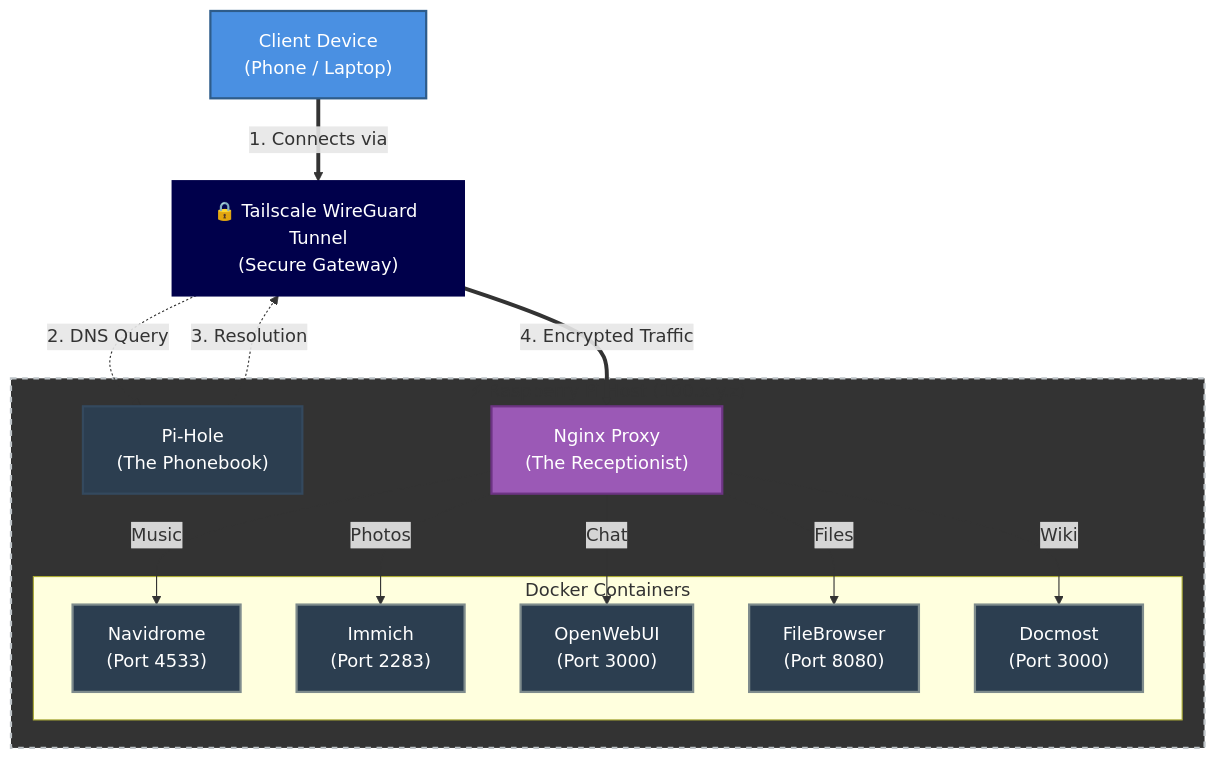
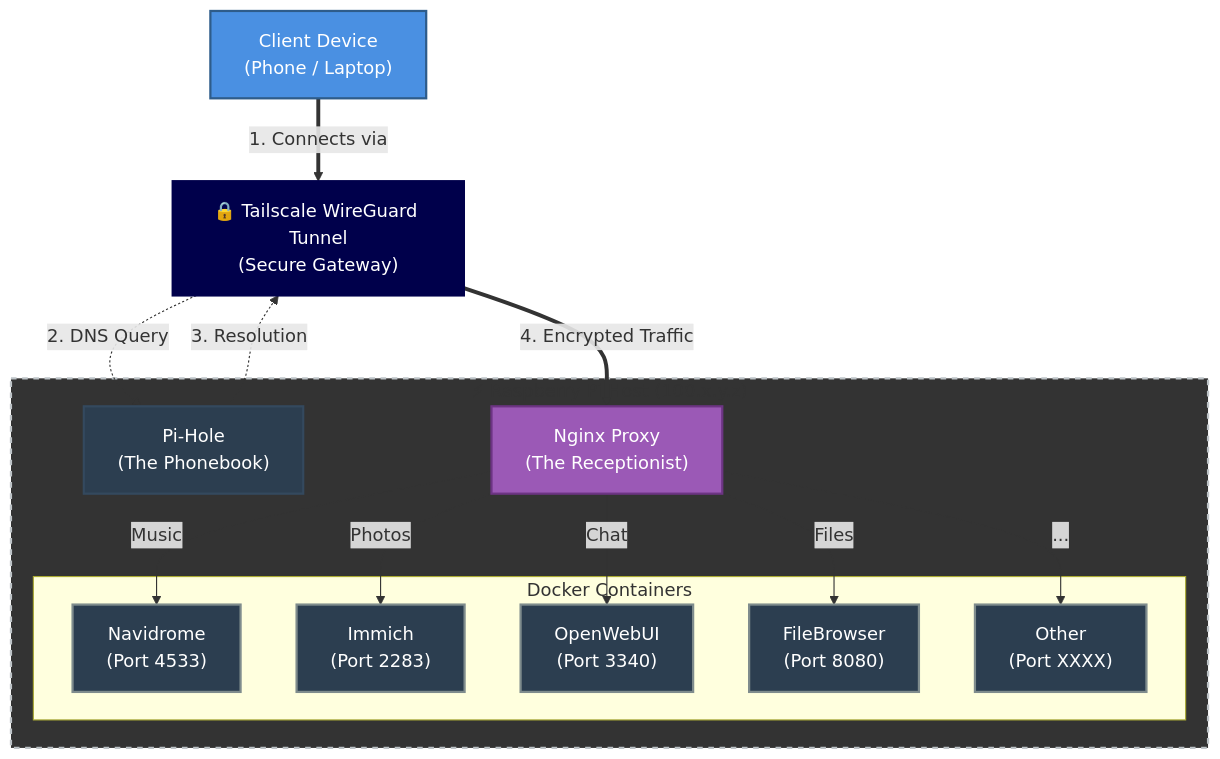
Before and after one commit to spaceadler/homelab: the diagram in README.md, drawn with Mermaid.

````diff
--- a/README.md
+++ b/README.md
@@ -50,65 +50,65 @@
 ```mermaid
 graph TD
 %% --- STYLING DEFINITIONS ---
     
     %% CLIENT (The User Device) -> Currently Bright Blue
     %% fill: Background Color | stroke: Border Color | color: Text Color
     classDef client fill:#4A90E2,stroke:#2E5C8A,stroke-width:2px,color:#fff;
 
     %% DNS (Pi-Hole) -> Currently Dark Navy/Grey
     classDef dns fill:#2C3E50,stroke:#34495E,stroke-width:2px,color:#fff;
 
     %% PROXY (Nginx) -> Currently Purple
     classDef proxy fill:#9B59B6,stroke:#6C3483,stroke-width:2px,color:#fff;
 
     %% SERVICES (The Containers) -> Currently Light Grey/White
     classDef service fill:#2C3E50,stroke:#7F8C8D,stroke-width:2px,color:#fff;
 
     %% VPN (The Tailscale Box) -> Currently Deep Midnight Blue
     classDef vpn fill:#00004B,stroke:#00004B,stroke-width:2px,color:#fff; 
 
     %% HOST (The Raspberry Pi Box) -> Currently White with Dashed Border
     classDef host fill:#333333,stroke:#BDC3C7,stroke-width:2px,stroke-dasharray: 5 5;
 
     %% NODES
     User["Client Device<br/>(Phone / Laptop)"]:::client
     
     %% THE VPN TUNNEL (The Box the phone goes through)
     VPN["🔒 Tailscale WireGuard Tunnel<br/>(Secure Gateway)"]:::vpn
 
     subgraph Host [" ⚡ Raspberry Pi Host (100.x.y.z) "]
         
         PiHole["Pi-Hole<br/>(The Phonebook)"]:::dns
         Nginx["Nginx Proxy<br/>(The Receptionist)"]:::proxy
         
         subgraph Containers [" Docker Containers "]
             Music["Navidrome<br/>(Port 4533)"]:::service
             Immich["Immich<br/>(Port 2283)"]:::service
-            AI["OpenWebUI<br/>(Port 3000)"]:::service
+            AI["OpenWebUI<br/>(Port 3340)"]:::service
             Files["FileBrowser<br/>(Port 8080)"]:::service
-            Docs["Docmost<br/>(Port 3000)"]:::service
+            Other["Other<br/>(Port XXXX)"]:::service
         end
     end
 
     %% LOGIC FLOW
     
     %% Step 1: The Secure Connection
     User ==>|"1. Connects via"| VPN
 
     %% Step 2: DNS (Through the Tunnel)
     VPN -.->|"2. DNS Query"| PiHole
     PiHole -.->|"3. Resolution"| VPN
 
     %% Step 3: Traffic (Through the Tunnel to Nginx)
     VPN ==>|"4. Encrypted Traffic"| Nginx
 
     %% Step 4: Internal Routing
     Nginx -->|"Music"| Music
     Nginx -->|"Photos"| Immich
     Nginx -->|"Chat"| AI
     Nginx -->|"Files"| Files
-    Nginx -->|"Wiki"| Docs
+    Nginx -->|"..."| Other
 
     %% Style the Host box
     class Host host;
 ```
````
